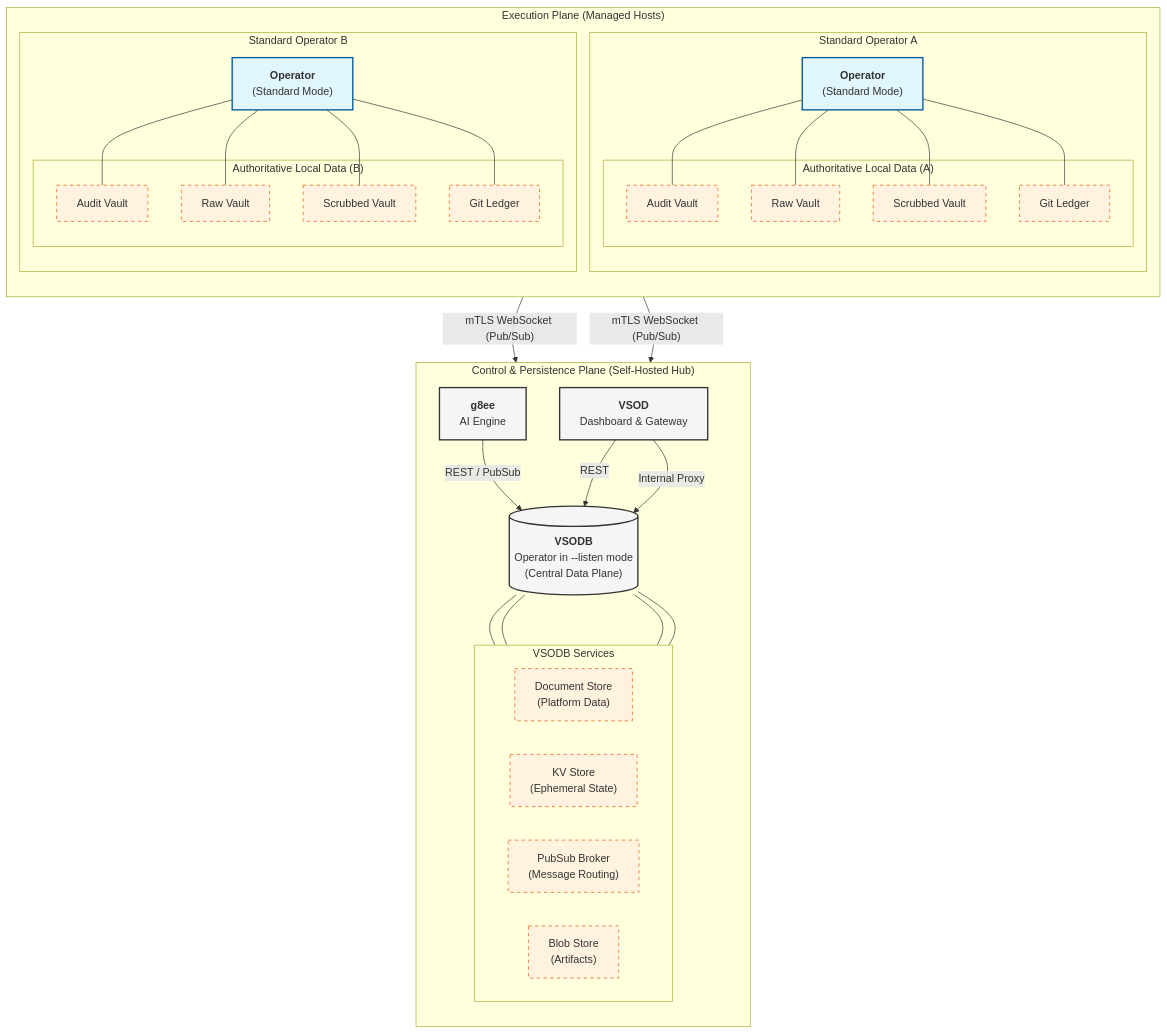
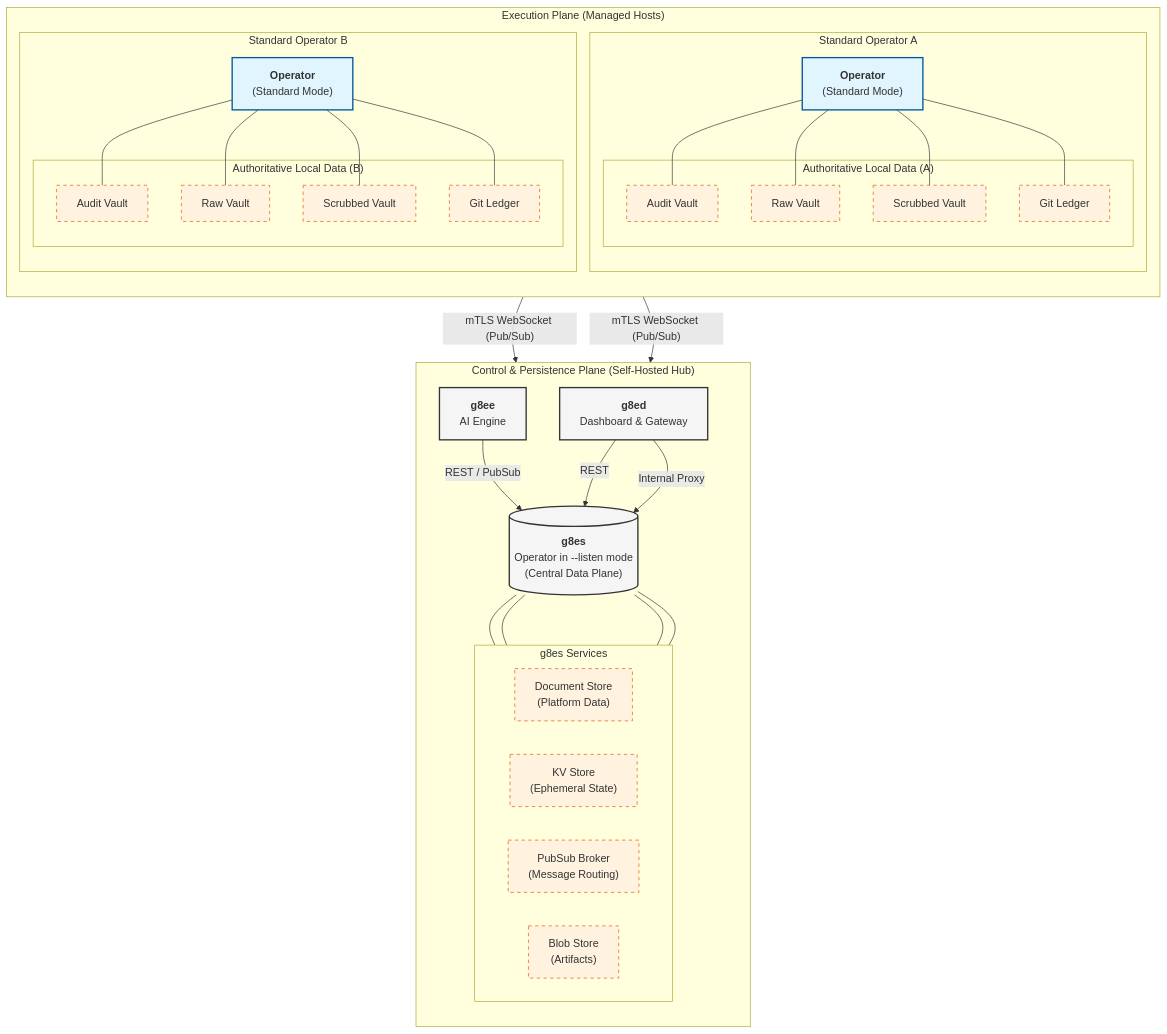
Before and after one commit to g8e-ai/g8e: the diagram in docs/architecture/operator.md, drawn with Mermaid. The commit also changed other lines of this file and 1063 other files, not shown here.

````diff
--- a/docs/architecture/operator.md
+++ b/docs/architecture/operator.md
@@ -26,70 +26,70 @@
 ```mermaid
 graph TD
     subgraph "Control & Persistence Plane (Self-Hosted Hub)"
         direction TB
-        VSODB[("<b>VSODB</b><br/>Operator in --listen mode<br/>(Central Data Plane)")]
+        g8es[("<b>g8es</b><br/>Operator in --listen mode<br/>(Central Data Plane)")]
         
-        subgraph "VSODB Services"
+        subgraph "g8es Services"
             direction LR
             DS["Document Store<br/>(Platform Data)"]
             KS["KV Store<br/>(Ephemeral State)"]
             PS["PubSub Broker<br/>(Message Routing)"]
             BS["Blob Store<br/>(Artifacts)"]
         end
-        VSODB --- DS
-        VSODB --- KS
-        VSODB --- PS
-        VSODB --- BS
+        g8es --- DS
+        g8es --- KS
+        g8es --- PS
+        g8es --- BS
         
         g8ee["<b>g8ee</b><br/>AI Engine"]
-        VSOD["<b>VSOD</b><br/>Dashboard & Gateway"]
+        g8ed["<b>g8ed</b><br/>Dashboard & Gateway"]
         
-        g8ee -- "REST / PubSub" --> VSODB
-        VSOD -- "REST" --> VSODB
+        g8ee -- "REST / PubSub" --> g8es
+        g8ed -- "REST" --> g8es
     end
 
     subgraph "Execution Plane (Managed Hosts)"
         direction TB
         subgraph "Standard Operator A"
             OPA["<b>Operator</b><br/>(Standard Mode)"]
             subgraph "Authoritative Local Data (A)"
                 AVA["Audit Vault"]
                 RVA["Raw Vault"]
                 SVA["Scrubbed Vault"]
                 LGA["Git Ledger"]
             end
             OPA --- AVA
             OPA --- RVA
             OPA --- SVA
             OPA --- LGA
         end
 
         subgraph "Standard Operator B"
             OPB["<b>Operator</b><br/>(Standard Mode)"]
             subgraph "Authoritative Local Data (B)"
                 AVB["Audit Vault"]
                 RVB["Raw Vault"]
                 SVB["Scrubbed Vault"]
                 LGB["Git Ledger"]
             end
             OPB --- AVB
             OPB --- RVB
             OPB --- SVB
             OPB --- LGB
         end
     end
 
     %% Data Paths
-    OPA -- "mTLS WebSocket (Pub/Sub)" --> VSOD
-    OPB -- "mTLS WebSocket (Pub/Sub)" --> VSOD
-    VSOD -- "Internal Proxy" --> VSODB
+    OPA -- "mTLS WebSocket (Pub/Sub)" --> g8ed
+    OPB -- "mTLS WebSocket (Pub/Sub)" --> g8ed
+    g8ed -- "Internal Proxy" --> g8es
     
     %% Annotations
     classDef hub fill:#f5f5f5,stroke:#333,stroke-width:2px;
     classDef operator fill:#e1f5fe,stroke:#01579b,stroke-width:2px;
     classDef storage fill:#fff3e0,stroke:#e65100,stroke-dasharray: 5 5;
     
-    class VSODB,g8ee,VSOD hub;
+    class g8es,g8ee,g8ed hub;
     class OPA,OPB operator;
     class DS,KS,PS,BS,AVA,RVA,SVA,LGA,AVB,RVB,SVB,LGB storage;
 ```
````
